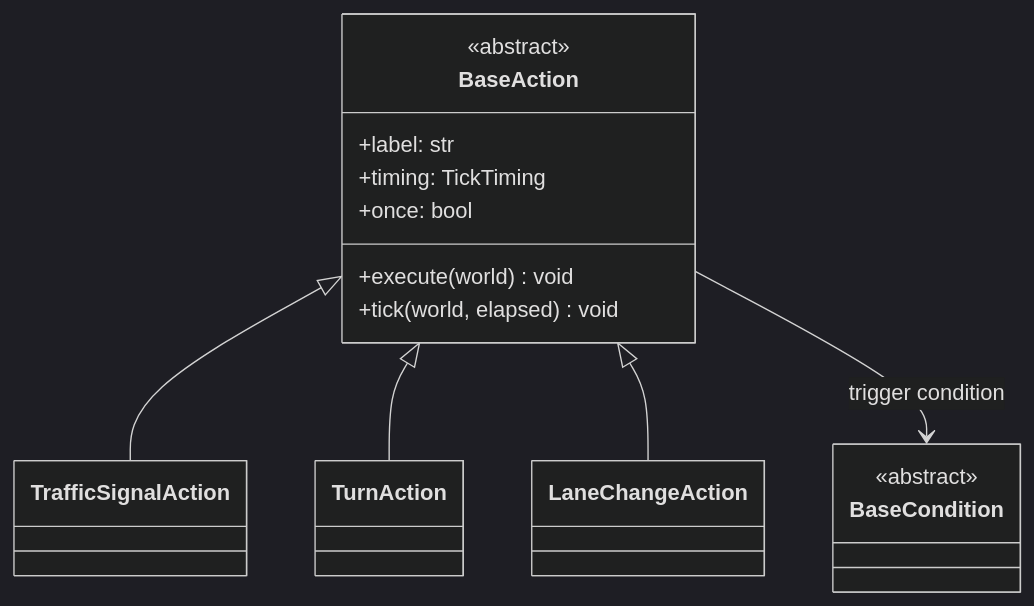
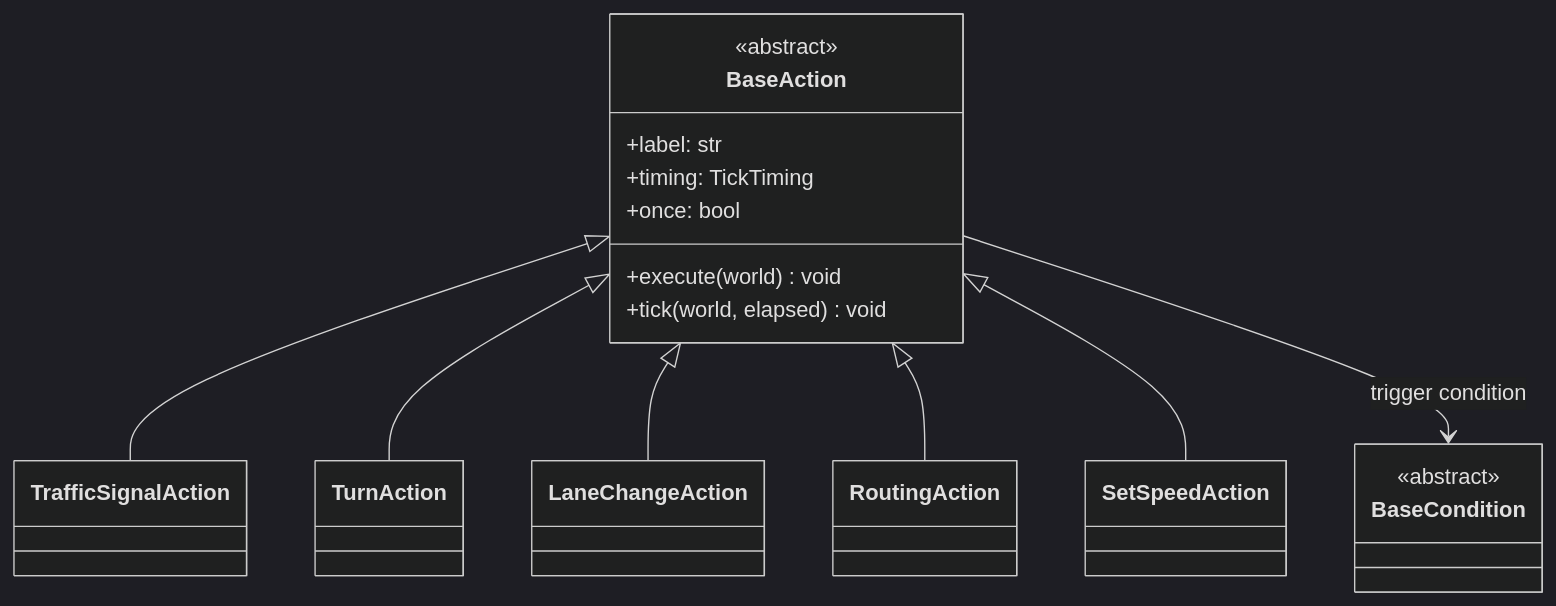
Before and after one commit to autowarefoundation/autoware_carla_scenario: the seventh of 14 diagrams in autoware_carla_scenario/docs/architecture.md, drawn with Mermaid (dark theme). The commit also changed other lines of this file and 12 other files, not shown here.

First line of the commit message:
feat(carla-scenario): add a set-speed action

````diff
--- a/autoware_carla_scenario/docs/architecture.md
+++ b/autoware_carla_scenario/docs/architecture.md
@@ -378,24 +378,28 @@
 ```mermaid
 classDiagram
     class BaseAction {
         <<abstract>>
         +label: str
         +timing: TickTiming
         +once: bool
         +execute(world) void
         +tick(world, elapsed) void
     }
 
     class BaseCondition {
         <<abstract>>
     }
 
     class TrafficSignalAction
     class TurnAction
     class LaneChangeAction
+    class RoutingAction
+    class SetSpeedAction
 
     BaseAction <|-- TrafficSignalAction
     BaseAction <|-- TurnAction
     BaseAction <|-- LaneChangeAction
+    BaseAction <|-- RoutingAction
+    BaseAction <|-- SetSpeedAction
     BaseAction --> BaseCondition : trigger condition
 ```
````
